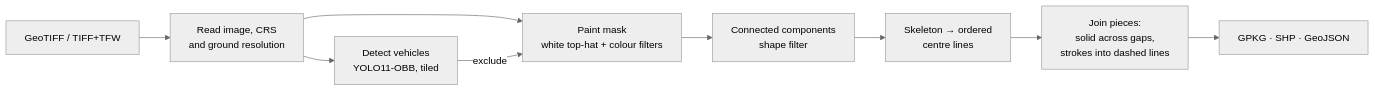
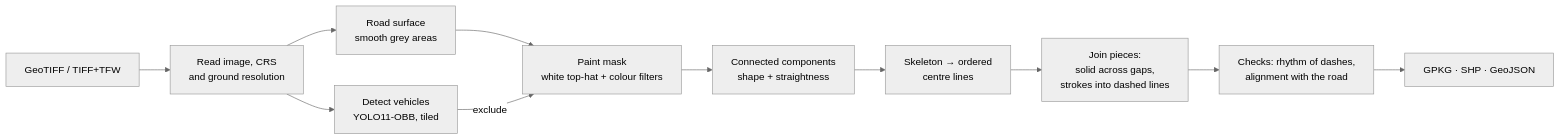
One commit to faithfoolness/AerialPhotographyProcessing changed the diagram in README.md. Above: the diagram before and after it, drawn with Mermaid (neutral theme). The commit also changed other lines of this file and 9 other files, not shown here.

First line of the commit message:
Limit search to the road surface; reject grass, debris and poles

````diff
--- a/README.md
+++ b/README.md
@@ -21,11 +21,13 @@
 ```mermaid
 flowchart LR
     A[GeoTIFF / TIFF+TFW] --> B[Read image, CRS<br/>and ground resolution]
+    B --> R[Road surface<br/>smooth grey areas]
     B --> C[Detect vehicles<br/>YOLO11-OBB, tiled]
-    B --> D[Paint mask<br/>white top-hat + colour filters]
+    R --> D[Paint mask<br/>white top-hat + colour filters]
     C -- exclude --> D
-    D --> E[Connected components<br/>shape filter]
+    D --> E[Connected components<br/>shape + straightness]
     E --> F[Skeleton → ordered<br/>centre lines]
     F --> G[Join pieces:<br/>solid across gaps,<br/>strokes into dashed lines]
-    G --> H[GPKG · SHP · GeoJSON]
+    G --> V[Checks: rhythm of dashes,<br/>alignment with the road]
+    V --> H[GPKG · SHP · GeoJSON]
 ```
````
